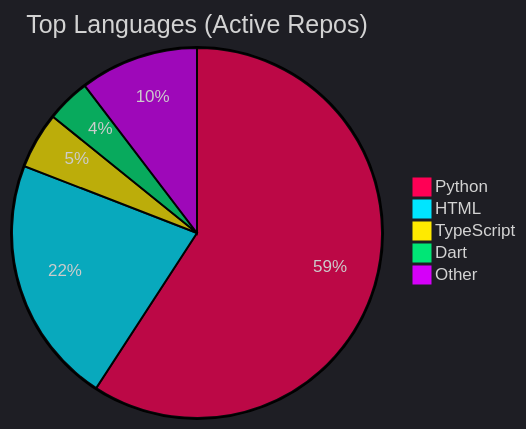
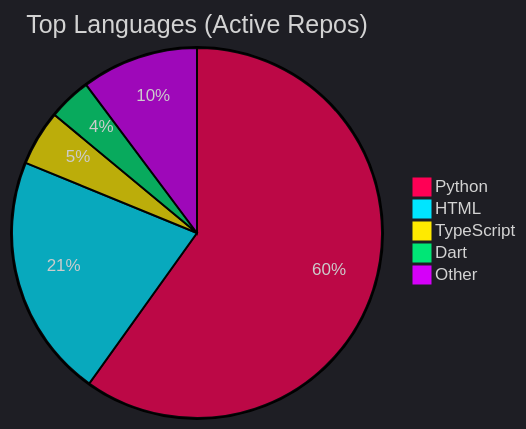
Before and after one commit to Nzettodess/Nzettodess: the diagram in README.md, drawn with Mermaid. The commit also changed other lines of this file, not shown here.

Commit message:
Update recent activity [skip ci]

````diff
--- a/README.md
+++ b/README.md
@@ -35,9 +35,9 @@
 ```mermaid
 %%{init: {'theme': 'dark', 'themeVariables': { 'pie1': '#FF0055', 'pie2': '#00E5FF', 'pie3': '#FFEA00', 'pie4': '#00E676', 'pie5': '#D500F9' }}}%%
 pie title Top Languages (Active Repos)
-    "Python" : 59.17
-    "HTML" : 21.71
-    "TypeScript" : 4.93
-    "Dart" : 3.83
-    "Other" : 10.36
+    "Python" : 59.89
+    "HTML" : 21.30
+    "TypeScript" : 4.84
+    "Dart" : 3.76
+    "Other" : 10.22
 ```
````
